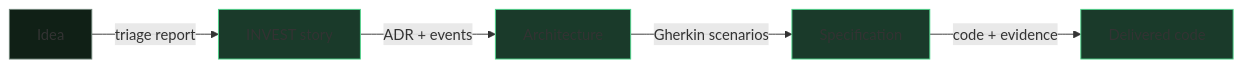
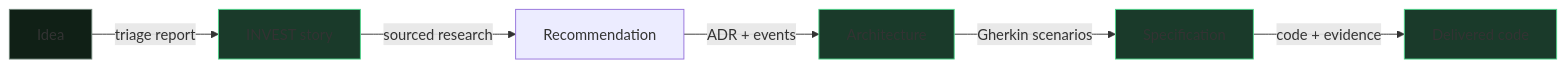
The diagram in docs/site/en/explanation/pipeline/fil-rouge.md (SebastienDegodez/skraft-plugin), drawn with Mermaid before and after one commit. The commit also changed other lines of this file and 12 other files, not shown here.

````diff
--- a/docs/site/en/explanation/pipeline/fil-rouge.md
+++ b/docs/site/en/explanation/pipeline/fil-rouge.md
@@ -27,12 +27,13 @@
 ```mermaid
 graph LR
     A[Idea] -->|triage report| B[INVEST story]
-    B -->|ADR + events| C[Architecture]
+    B -->|sourced research| R[Recommendation]
+    R -->|ADR + events| C[Architecture]
     C -->|Gherkin scenarios| D[Specification]
     D -->|code + evidence| E[Delivered code]
     style A fill:#102016,stroke:#6f8478
     style B fill:#1a3a2a,stroke:#4ed58a
     style C fill:#1a3a2a,stroke:#4ed58a
     style D fill:#1a3a2a,stroke:#4ed58a
     style E fill:#1a3a2a,stroke:#4ed58a
 ```
````
